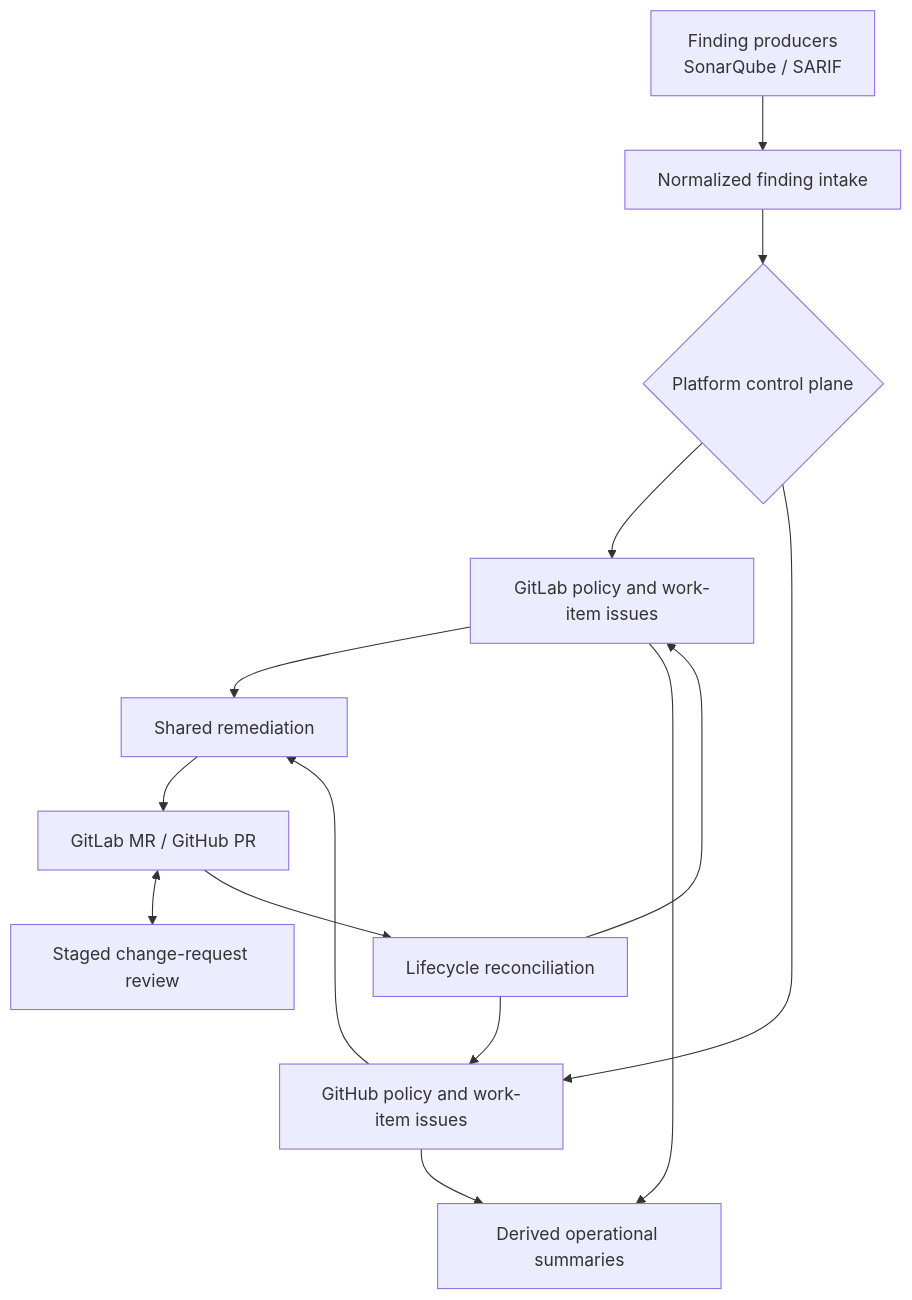
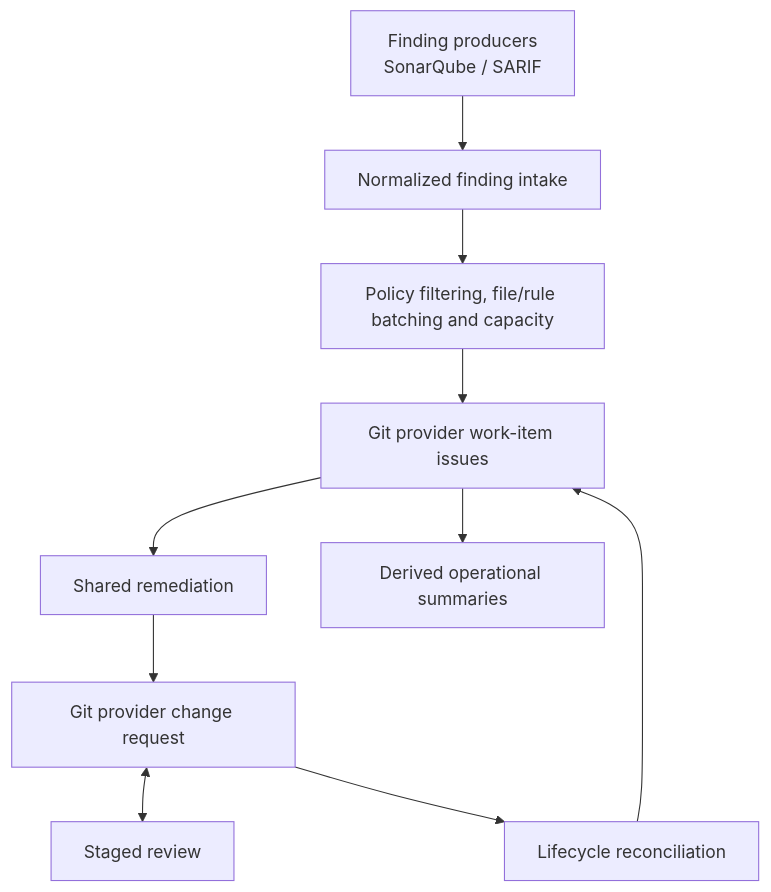
One commit to JustinMelger/ZeroOne-ops changed the diagram in README.md. Above: the diagram before and after it, drawn with Mermaid. The commit also changed other lines of this file and 54 other files, not shown here.

First line of the commit message:
feat(remediation): activate file-rule batching and operator UX (#461)

````diff
--- a/README.md
+++ b/README.md
@@ -32,16 +32,12 @@
 ```mermaid
 flowchart TD
     A[Finding producers\nSonarQube / SARIF] --> B[Normalized finding intake]
-    B --> C{Platform control plane}
-    C --> D[GitLab policy and work-item issues]
-    C --> E[GitHub policy and work-item issues]
-    D --> F[Shared remediation]
-    E --> F
-    F --> G[GitLab MR / GitHub PR]
-    G <--> H[Staged change-request review]
-    G --> I[Lifecycle reconciliation]
-    I --> D
-    I --> E
-    D --> J[Derived operational summaries]
-    E --> J
+    B --> C[Policy filtering, file/rule batching and capacity]
+    C --> D[Git provider work-item issues]
+    D --> E[Shared remediation]
+    E --> F[Git provider change request]
+    F <--> G[Staged review]
+    F --> H[Lifecycle reconciliation]
+    H --> D
+    D --> I[Derived operational summaries]
 ```
````
